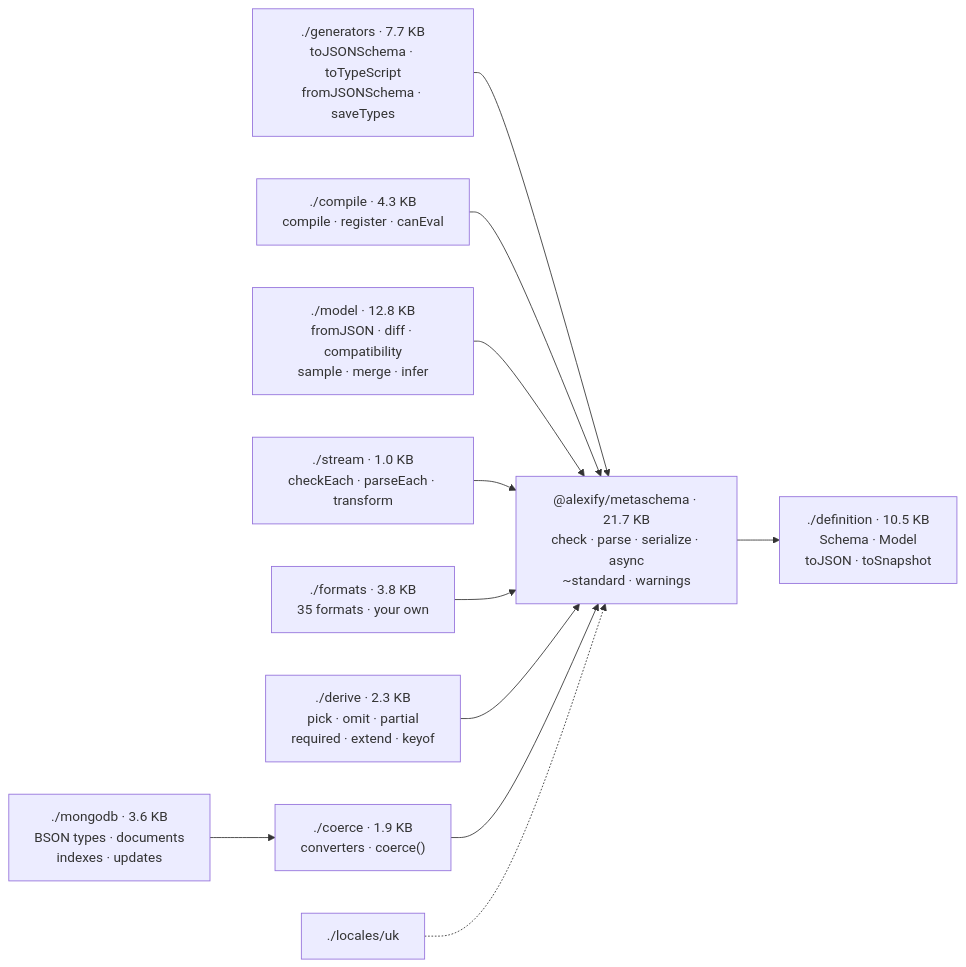
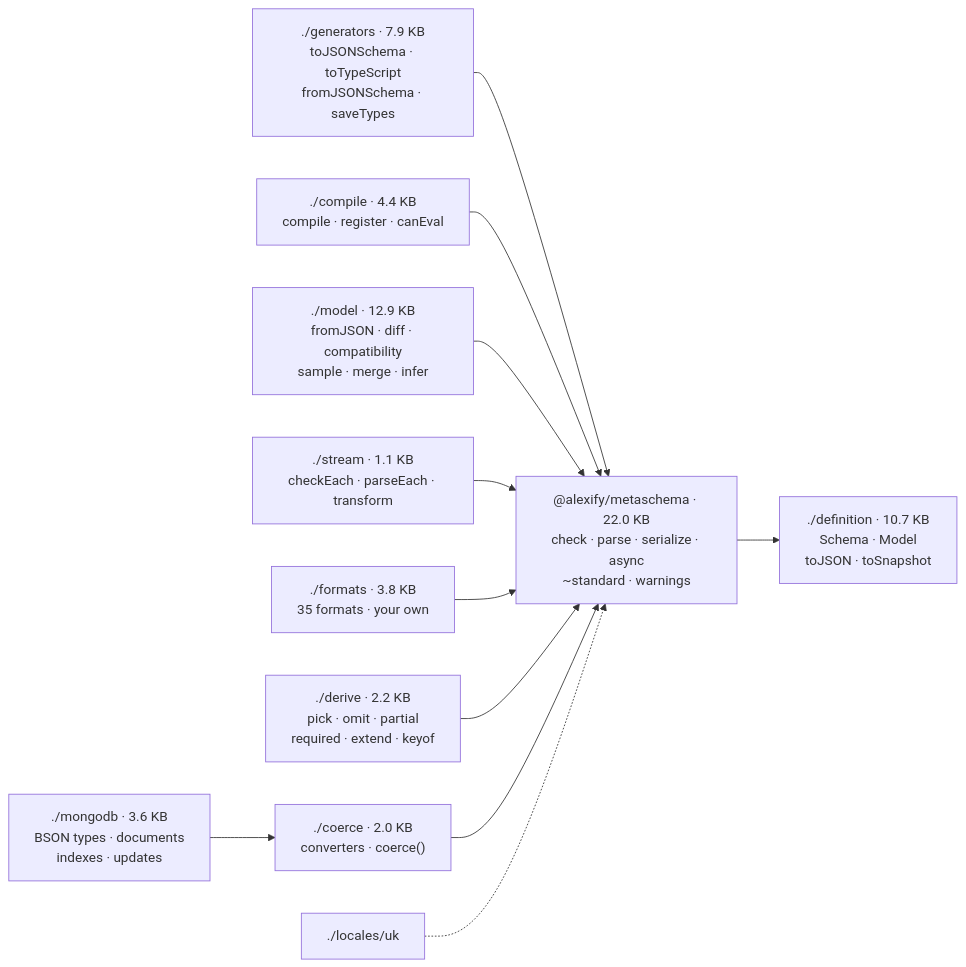
The second of 10 diagrams in docs/guide/architecture.md (Alexis-Technologies/metaschema), drawn with Mermaid before and after one commit. The commit also changed other lines of this file and 177 other files, not shown here.

````diff
--- a/docs/guide/architecture.md
+++ b/docs/guide/architecture.md
@@ -42,14 +42,14 @@
 ```mermaid
 flowchart LR
-    GEN["./generators · 7.7 KB<br/>toJSONSchema · toTypeScript<br/>fromJSONSchema · saveTypes"] --> CORE
-    COMP["./compile · 4.3 KB<br/>compile · register · canEval"] --> CORE
-    MOD["./model · 12.8 KB<br/>fromJSON · diff · compatibility<br/>sample · merge · infer"] --> CORE
-    STR["./stream · 1.0 KB<br/>checkEach · parseEach · transform"] --> CORE
+    GEN["./generators · 7.9 KB<br/>toJSONSchema · toTypeScript<br/>fromJSONSchema · saveTypes"] --> CORE
+    COMP["./compile · 4.4 KB<br/>compile · register · canEval"] --> CORE
+    MOD["./model · 12.9 KB<br/>fromJSON · diff · compatibility<br/>sample · merge · infer"] --> CORE
+    STR["./stream · 1.1 KB<br/>checkEach · parseEach · transform"] --> CORE
     FMT["./formats · 3.8 KB<br/>35 formats · your own"] --> CORE
-    DER["./derive · 2.3 KB<br/>pick · omit · partial<br/>required · extend · keyof"] --> CORE
-    COE["./coerce · 1.9 KB<br/>converters · coerce()"] --> CORE
+    DER["./derive · 2.2 KB<br/>pick · omit · partial<br/>required · extend · keyof"] --> CORE
+    COE["./coerce · 2.0 KB<br/>converters · coerce()"] --> CORE
     MDB["./mongodb · 3.6 KB<br/>BSON types · documents<br/>indexes · updates"] --> COE
     LOC["./locales/uk"] -.-> CORE
-    CORE["@alexify/metaschema · 21.7 KB<br/>check · parse · serialize · async<br/>~standard · warnings"] --> DEFN
-    DEFN["./definition · 10.5 KB<br/>Schema · Model<br/>toJSON · toSnapshot"]
+    CORE["@alexify/metaschema · 22.0 KB<br/>check · parse · serialize · async<br/>~standard · warnings"] --> DEFN
+    DEFN["./definition · 10.7 KB<br/>Schema · Model<br/>toJSON · toSnapshot"]
 ```
````
